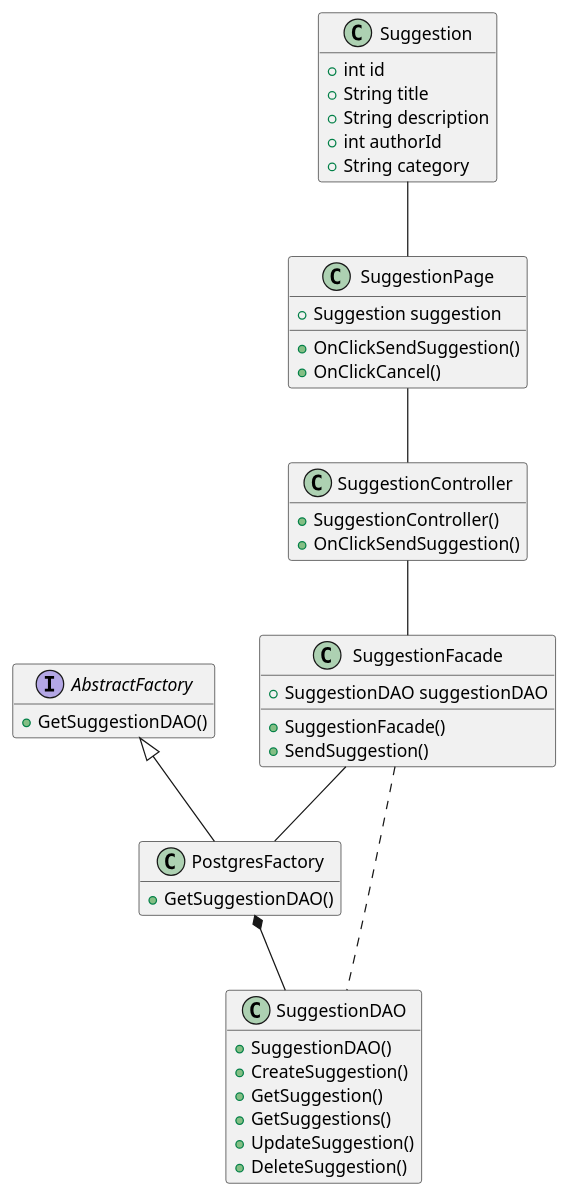
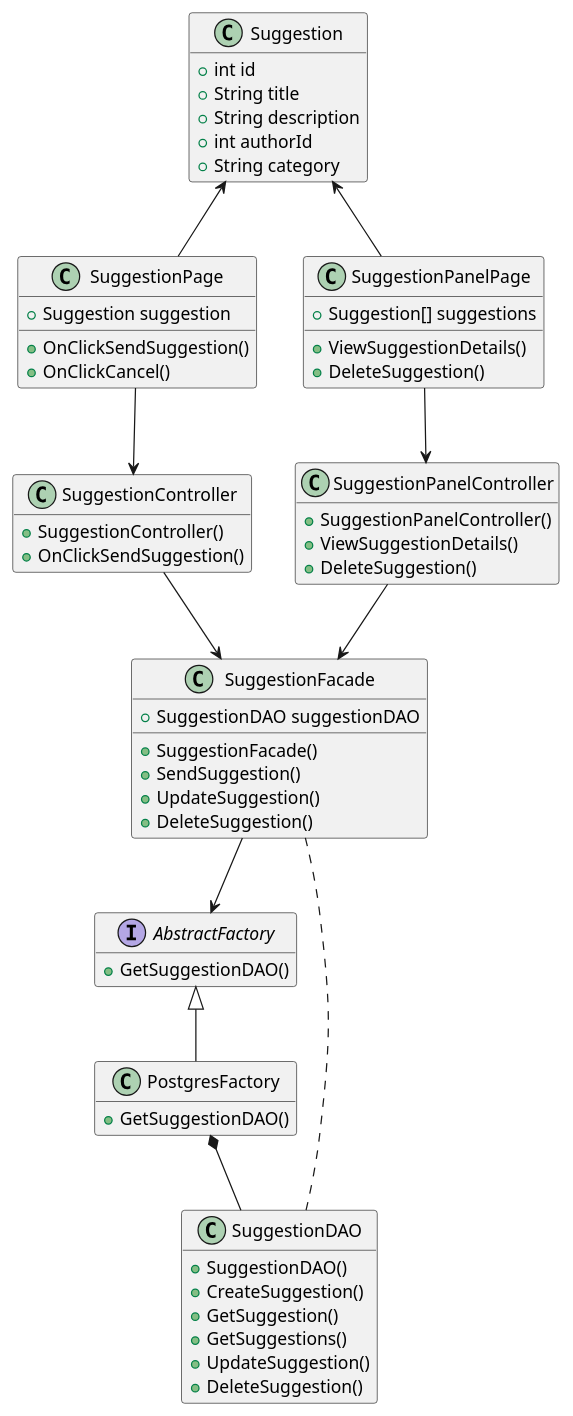
One commit to iusildra/WineCellar changed the diagram in doc/reports/final/suggestions/suggestions_classDiagram.plantuml. Above: the diagram before and after it, drawn with PlantUML. The commit also changed other lines of this file and 1 other file, not shown here.

Commit message:
reworking class diagram & sequence diagram

```diff
--- a/doc/reports/final/suggestions/suggestions_classDiagram.plantuml
+++ b/doc/reports/final/suggestions/suggestions_classDiagram.plantuml
@@ -1,54 +1,71 @@
 @startuml SuggestionsUser
 hide empty members
 
 class Suggestion {
     +int id
     +String title
     +String description
     +int authorId
     +String category
 }
 
 class SuggestionPage {
     + Suggestion suggestion
     + OnClickSendSuggestion()
     + OnClickCancel()
 }
 
 class SuggestionController {
     + SuggestionController()
     + OnClickSendSuggestion()
 }
 
 class SuggestionFacade {
     + SuggestionDAO suggestionDAO
     + SuggestionFacade()
     + SendSuggestion()
+    + UpdateSuggestion()
+    + DeleteSuggestion()
 }
 
 interface AbstractFactory {
     + GetSuggestionDAO()
 }
 
 class PostgresFactory {
     + GetSuggestionDAO()
 }
 
 class SuggestionDAO {
     + SuggestionDAO()
     + CreateSuggestion()
     + GetSuggestion()
     + GetSuggestions()
     + UpdateSuggestion()
     + DeleteSuggestion()
 }
 
-Suggestion -- SuggestionPage
+class SuggestionPanelPage {
+    + Suggestion[] suggestions
+    + ViewSuggestionDetails()
+    + DeleteSuggestion()
+}
+
+class SuggestionPanelController {
+    + SuggestionPanelController()
+    + ViewSuggestionDetails()
+    + DeleteSuggestion()
+}
+
+Suggestion <-- SuggestionPage
 AbstractFactory <|-- PostgresFactory
-SuggestionFacade -- PostgresFactory
+SuggestionFacade --> AbstractFactory
 PostgresFactory *-- SuggestionDAO
-SuggestionPage -- SuggestionController
-SuggestionController -- SuggestionFacade
+SuggestionPage --> SuggestionController
+SuggestionController --> SuggestionFacade
 SuggestionFacade .. SuggestionDAO
+Suggestion <-- SuggestionPanelPage
+SuggestionPanelPage --> SuggestionPanelController
+SuggestionPanelController --> SuggestionFacade
 
 @enduml
```
